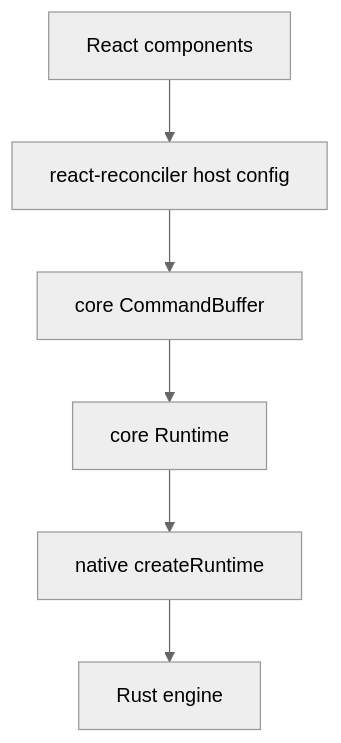
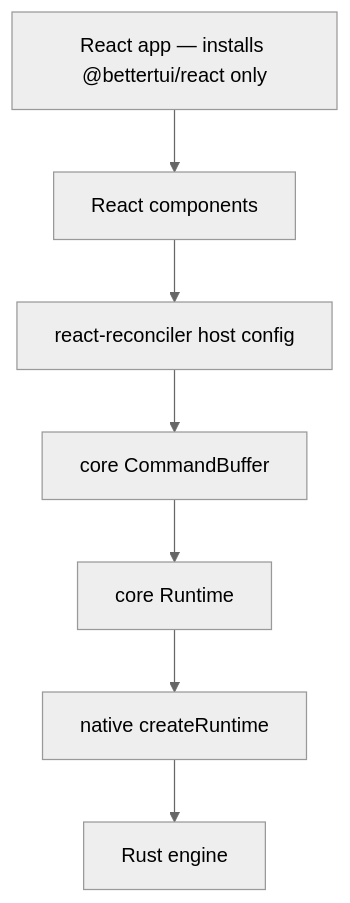
The first of 2 diagrams in docs/react.md (localfirstai/bettertui), drawn with Mermaid (neutral theme) before and after one commit. The commit also changed other lines of this file and 38 other files, not shown here.

````diff
--- a/docs/react.md
+++ b/docs/react.md
@@ -7,8 +9,9 @@
 ```mermaid
 flowchart TD
-    A[React components] --> B[react-reconciler host config]
+    App[React app — installs @bettertui/react only] --> A[React components]
+    A --> B[react-reconciler host config]
     B --> C[core CommandBuffer]
     C --> D[core Runtime]
     D --> E[native createRuntime]
     E --> F[Rust engine]
 ```
````
